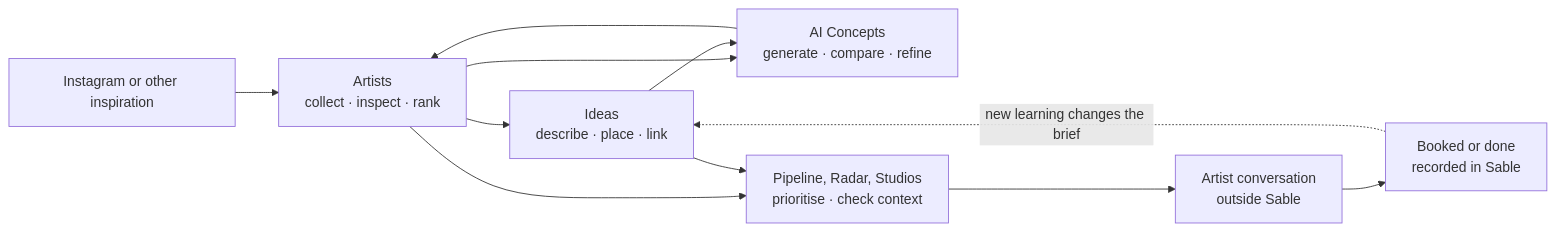
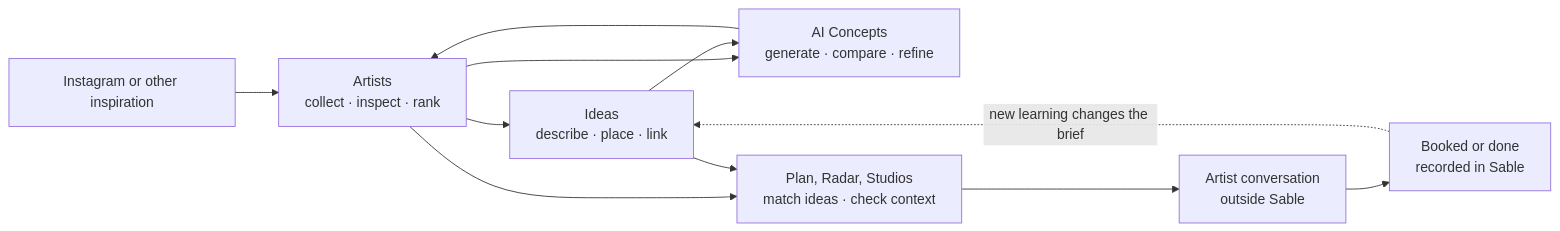
The first of 8 diagrams in docs/USER-WORKFLOWS.md (Pritesh1980/sable), drawn with Mermaid before and after one commit. The commit also changed other lines of this file and 85 other files, not shown here.

First line of the commit message:
feat(plan): Pipeline becomes Plan, and artist status leaves the app (#220 D)

````diff
--- a/docs/USER-WORKFLOWS.md
+++ b/docs/USER-WORKFLOWS.md
@@ -17,20 +17,20 @@
 ```mermaid
 flowchart LR
   INSPIRE["Instagram or other inspiration"]
   ARTISTS["Artists<br/>collect · inspect · rank"]
   IDEAS["Ideas<br/>describe · place · link"]
   CONCEPTS["AI Concepts<br/>generate · compare · refine"]
-  PLAN["Pipeline, Radar, Studios<br/>prioritise · check context"]
+  PLAN["Plan, Radar, Studios<br/>match ideas · check context"]
   CONTACT["Artist conversation<br/>outside Sable"]
   OUTCOME["Booked or done<br/>recorded in Sable"]
 
   INSPIRE --> ARTISTS
   ARTISTS --> IDEAS
   ARTISTS --> CONCEPTS
   IDEAS --> CONCEPTS
   CONCEPTS --> ARTISTS
   ARTISTS --> PLAN
   IDEAS --> PLAN
   PLAN --> CONTACT --> OUTCOME
   OUTCOME -. "new learning changes the brief" .-> IDEAS
 ```
````
